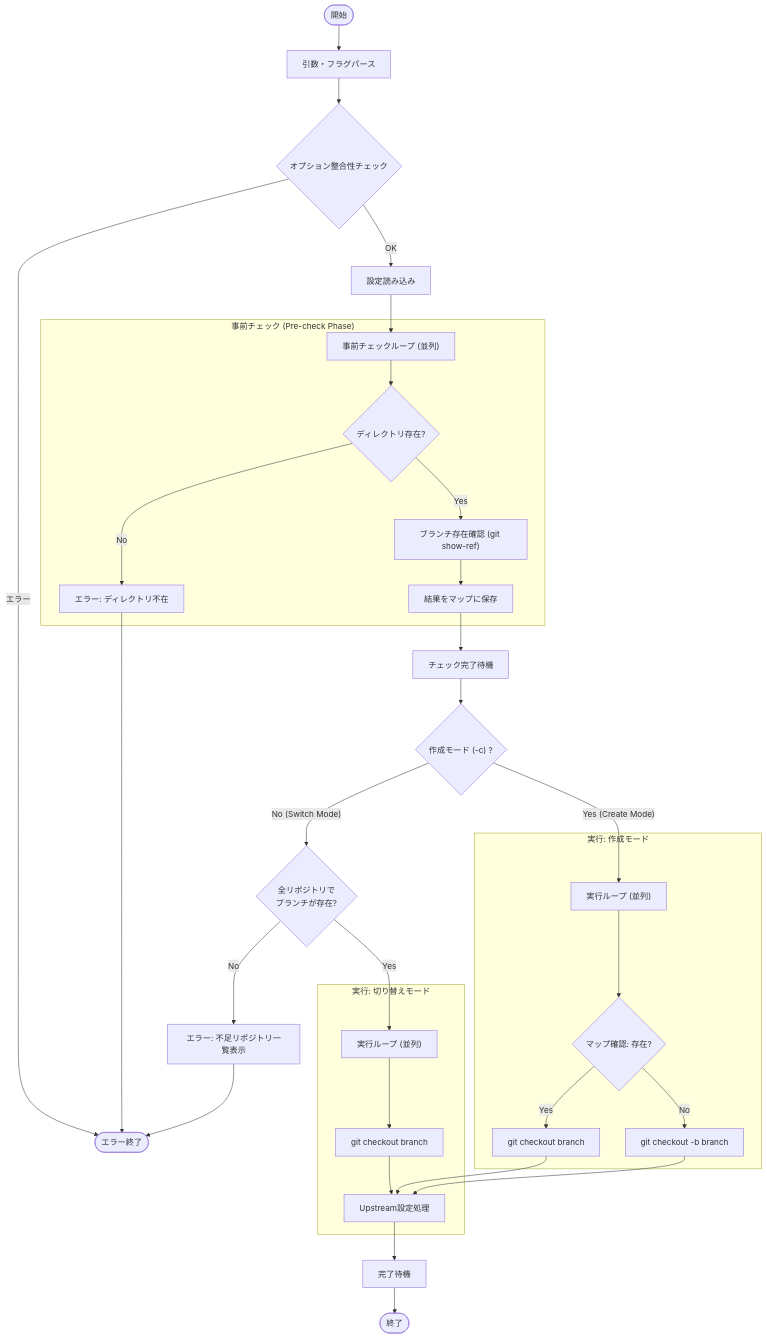
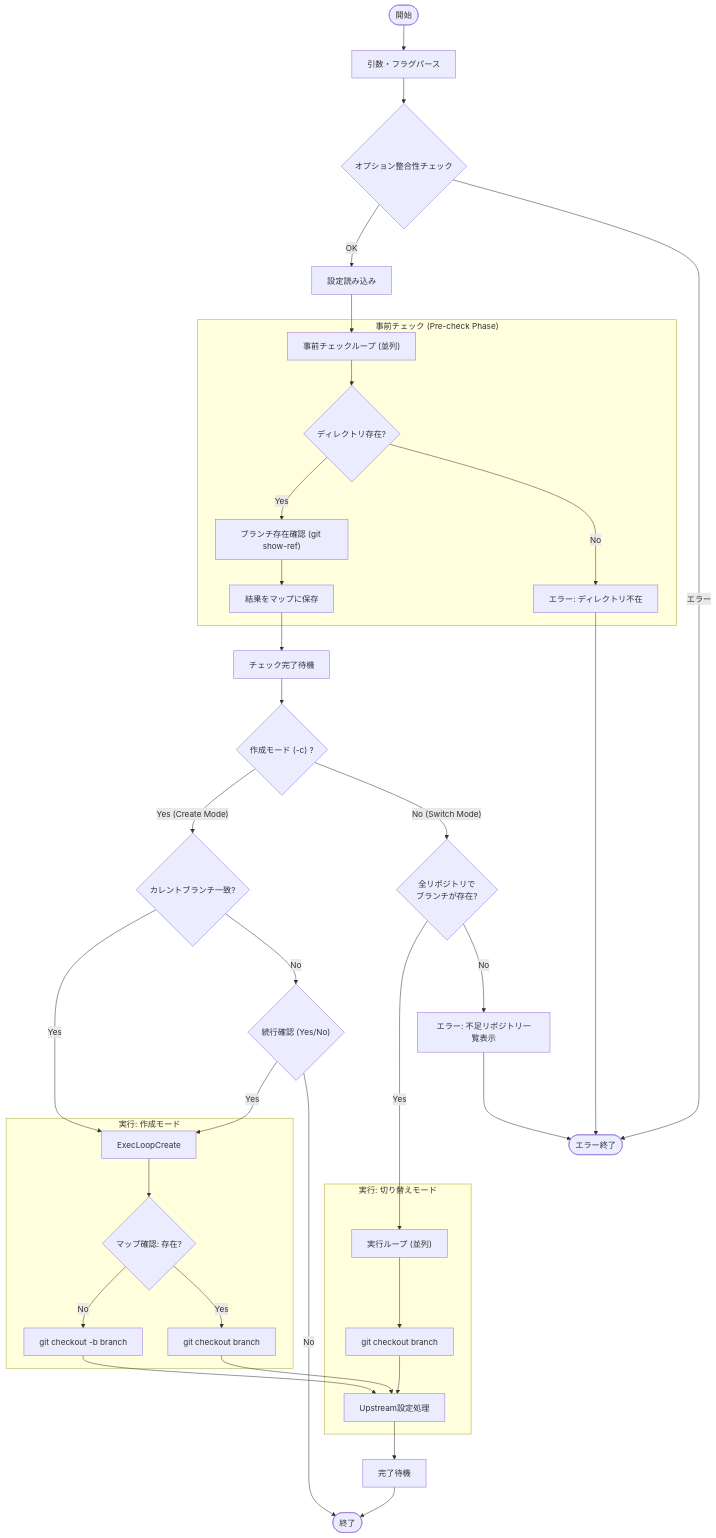
The diagram in docs/internal/app/switch.md (keiji/mistletoe), drawn with Mermaid before and after one commit. The commit also changed other lines of this file and 6 other files, not shown here.

First line of the commit message:
feat: check branch consistency in switch -c command

````diff
--- a/docs/internal/app/switch.md
+++ b/docs/internal/app/switch.md
@@ -42,44 +42,48 @@
 ```mermaid
 flowchart TD
     Start(["開始"]) --> ParseArgs["引数・フラグパース"]
     ParseArgs --> ValidateFlags{"オプション整合性チェック"}
     ValidateFlags -- "エラー" --> ErrorExit(["エラー終了"])
     ValidateFlags -- "OK" --> LoadConfig["設定読み込み"]
 
     LoadConfig --> PreCheckLoop["事前チェックループ (並列)"]
 
     subgraph "事前チェック (Pre-check Phase)"
         PreCheckLoop --> CheckDir{"ディレクトリ存在?"}
         CheckDir -- No --> ErrorDir["エラー: ディレクトリ不在"]
         CheckDir -- Yes --> CheckBranch["ブランチ存在確認 (git show-ref)"]
         CheckBranch --> StoreResult["結果をマップに保存"]
     end
     ErrorDir --> ErrorExit(["エラー終了"])
 
     StoreResult --> WaitPreCheck["チェック完了待機"]
     WaitPreCheck --> CheckMode{"作成モード (-c) ?"}
 
     CheckMode -- No (Switch Mode) --> VerifyAll{"全リポジトリで\nブランチが存在?"}
     VerifyAll -- No --> ReportMissing["エラー: 不足リポジトリ一覧表示"]
     ReportMissing --> ErrorExit
 
     VerifyAll -- Yes --> ExecLoopSwitch["実行ループ (並列)"]
 
     subgraph "実行: 切り替えモード"
         ExecLoopSwitch --> GitCheckout["git checkout branch"]
         GitCheckout --> SetUpstream["Upstream設定処理"]
     end
 
-    CheckMode -- Yes (Create Mode) --> ExecLoopCreate["実行ループ (並列)"]
+    CheckMode -- Yes (Create Mode) --> CheckConsistency{"カレントブランチ一致?"}
+    CheckConsistency -- No --> Prompt{"続行確認 (Yes/No)"}
+    Prompt -- No --> Stop
+    Prompt -- Yes --> ExecLoopCreate
+    CheckConsistency -- Yes --> ExecLoopCreate
 
     subgraph "実行: 作成モード"
         ExecLoopCreate --> CheckMap{"マップ確認: 存在?"}
         CheckMap -- Yes --> SwitchOnly["git checkout branch"]
         CheckMap -- No --> CreateAndSwitch["git checkout -b branch"]
         SwitchOnly --> SetUpstream
         CreateAndSwitch --> SetUpstream
     end
 
     SetUpstream --> WaitExec["完了待機"]
     WaitExec --> Stop(["終了"])
 ```
````
